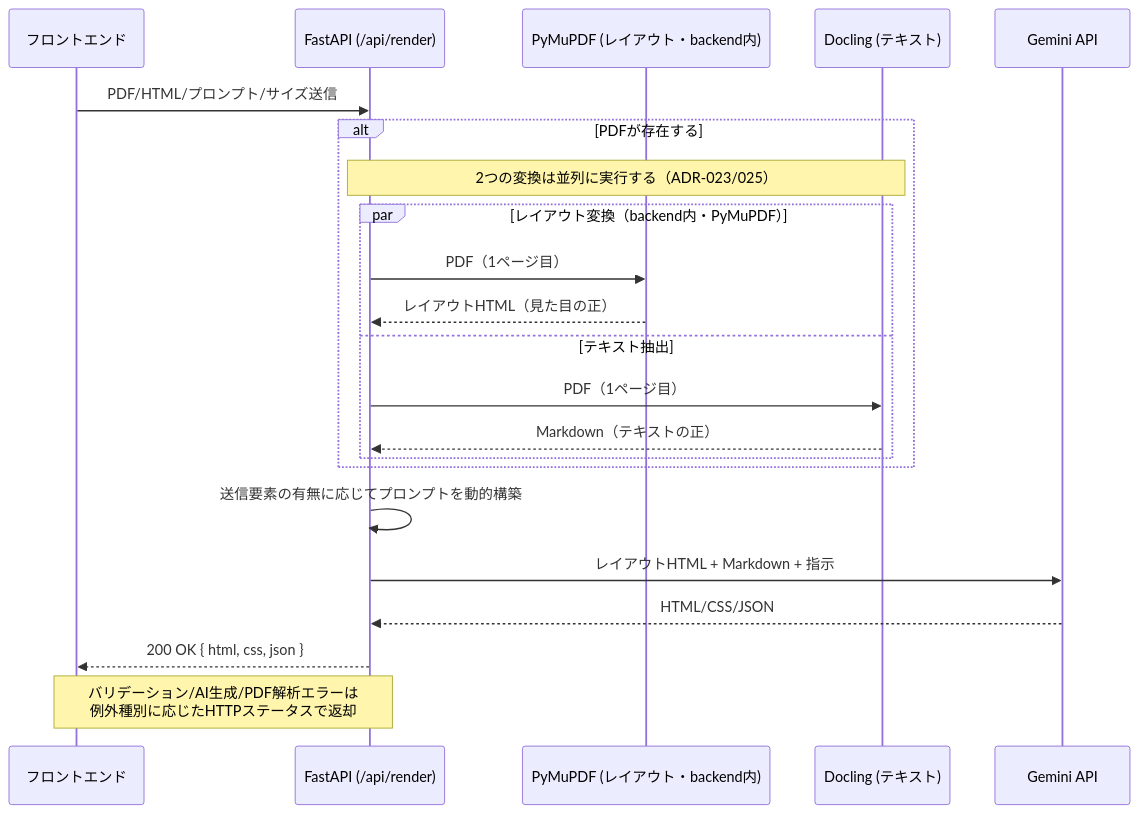
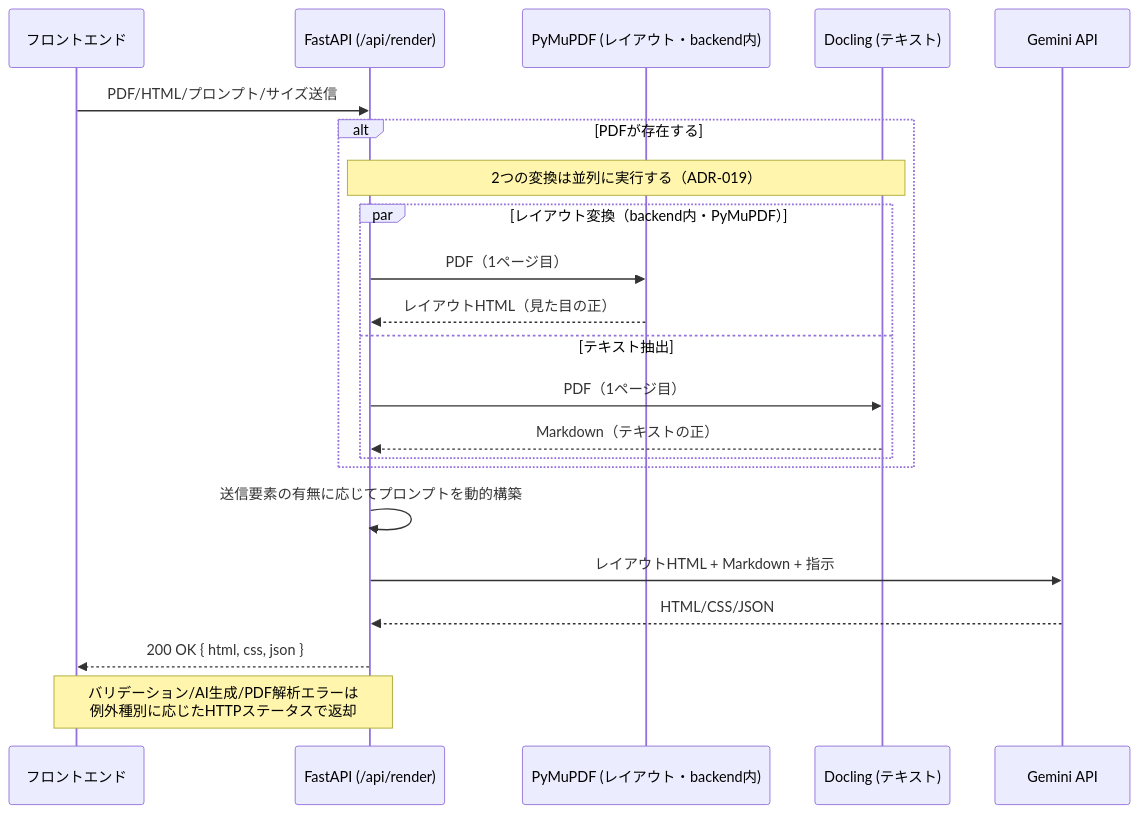
One commit to EisukeHishikawa/adapt-sheet changed the second of 4 diagrams in docs/architecture.md. Above: the diagram before and after it, drawn with Mermaid. The commit also changed other lines of this file and 23 other files, not shown here.

````diff
--- a/docs/architecture.md
+++ b/docs/architecture.md
@@ -44,25 +44,25 @@
 ```mermaid
 sequenceDiagram
     participant FE as フロントエンド
     participant API as FastAPI (/api/render)
     participant Layout as PyMuPDF (レイアウト・backend内)
     participant Docling as Docling (テキスト)
     participant Gemini as Gemini API
 
     FE->>API: PDF/HTML/プロンプト/サイズ送信
     alt PDFが存在する
-        Note over API,Docling: 2つの変換は並列に実行する（ADR-023/025）
+        Note over API,Docling: 2つの変換は並列に実行する（ADR-019）
         par レイアウト変換（backend内・PyMuPDF）
             API->>Layout: PDF（1ページ目）
             Layout-->>API: レイアウトHTML（見た目の正）
         and テキスト抽出
             API->>Docling: PDF（1ページ目）
             Docling-->>API: Markdown（テキストの正）
         end
     end
     API->>API: 送信要素の有無に応じてプロンプトを動的構築
     API->>Gemini: レイアウトHTML + Markdown + 指示
     Gemini-->>API: HTML/CSS/JSON
     API-->>FE: 200 OK { html, css, json }
     Note over API,FE: バリデーション/AI生成/PDF解析エラーは<br/>例外種別に応じたHTTPステータスで返却
 ```
````
